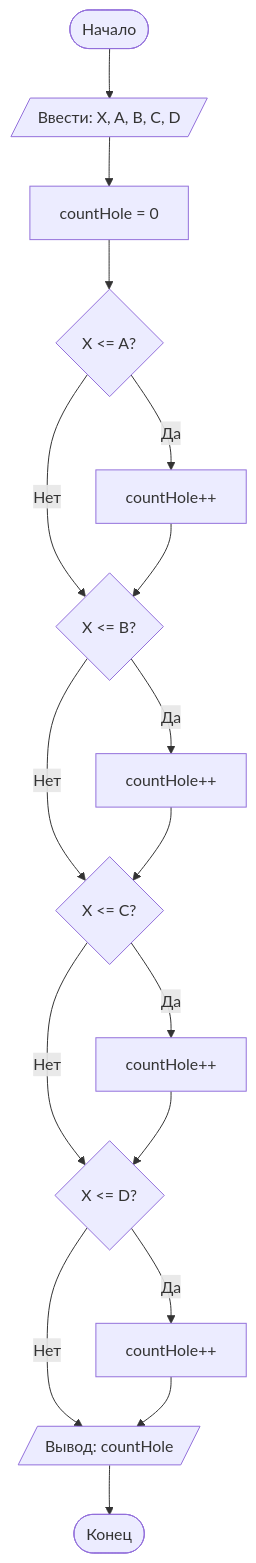
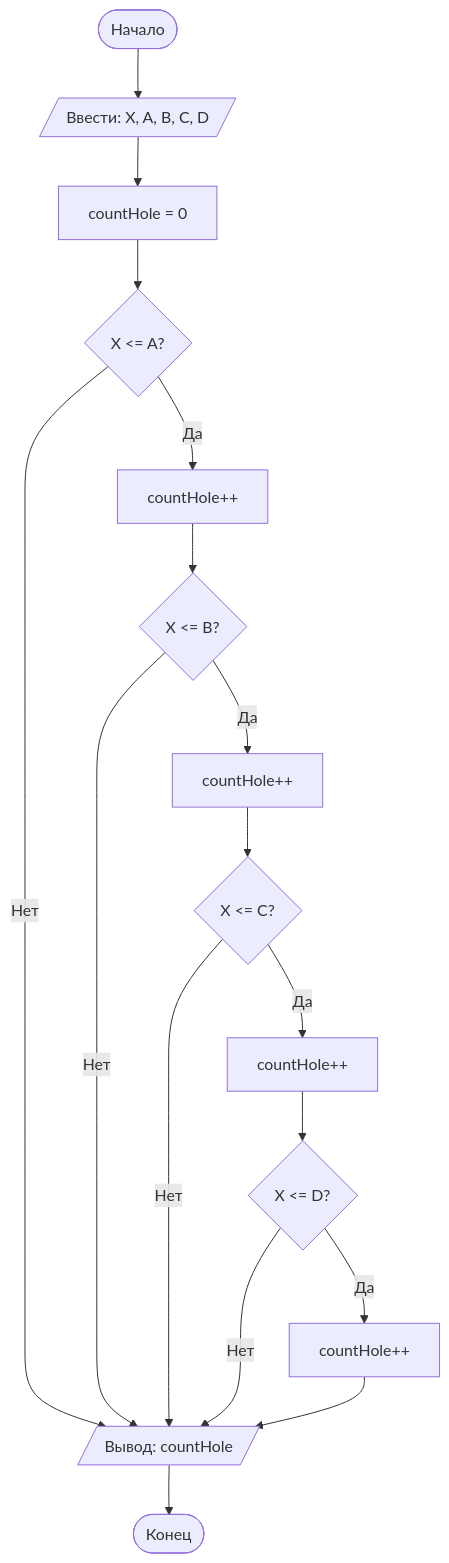
One commit to ksenia142308/lab1ksenia changed the diagram in README.md. Above: the diagram before and after it, drawn with Mermaid. The commit also changed other lines of this file, not shown here.

````diff
--- a/README.md
+++ b/README.md
@@ -93,19 +98,19 @@
 ```mermaid
 graph TD
     A([Начало]) --> B[/Ввести: X, A, B, C, D/]
     B --> C[countHole = 0]
     C --> D{X <= A?}
+    D -- Нет --> Z[/Вывод: countHole/]
     D -- Да --> E[countHole++]
-    D -- Нет --> F{X <= B?}
-    E --> F
+    E --> F{X <= B?}
+    F -- Нет --> Z
     F -- Да --> G[countHole++]
-    F -- Нет --> H{X <= C?}
-    G --> H
+    G --> H{X <= C?}
+    H -- Нет --> Z
     H -- Да --> I[countHole++]
-    H -- Нет --> J{X <= D?}
-    I --> J
+    I --> J{X <= D?}
+    J -- Нет --> Z
     J -- Да --> K[countHole++]
-    J -- Нет --> L[/Вывод: countHole/]
-    K --> L
-    L --> M([Конец])
+    K --> Z
+    Z --> Y([Конец])
 ```
````
